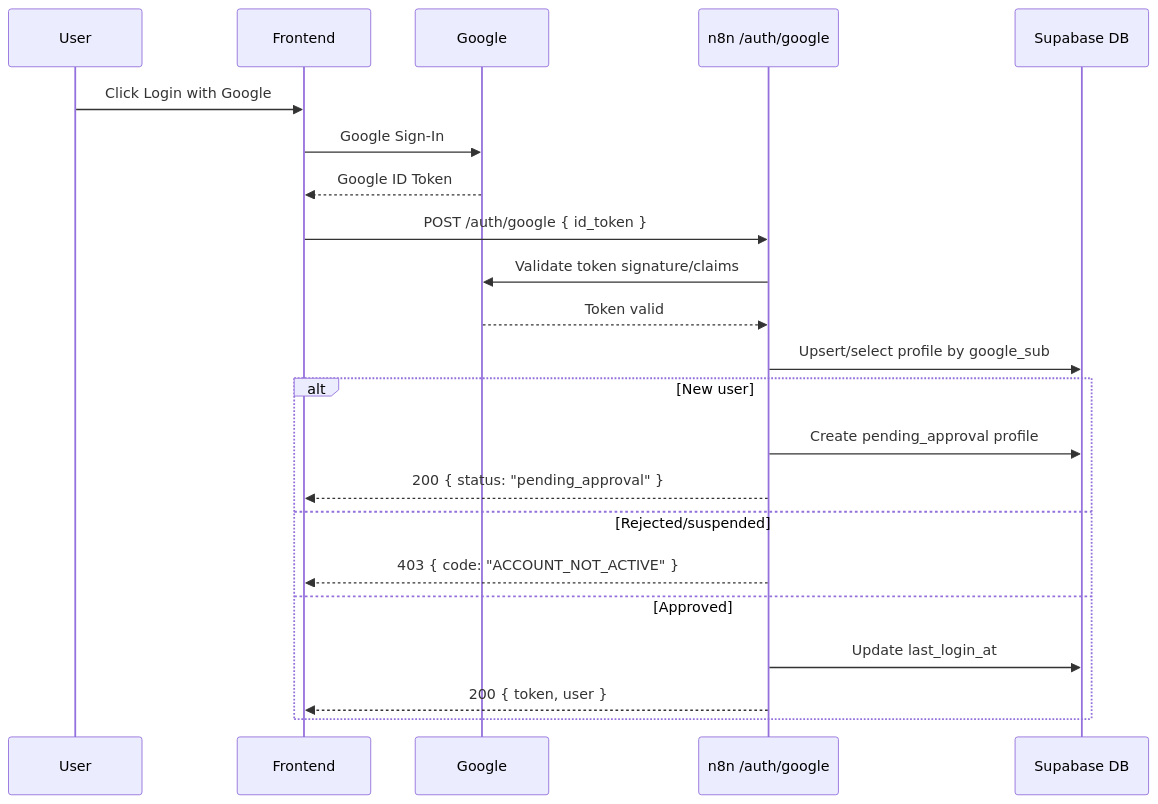
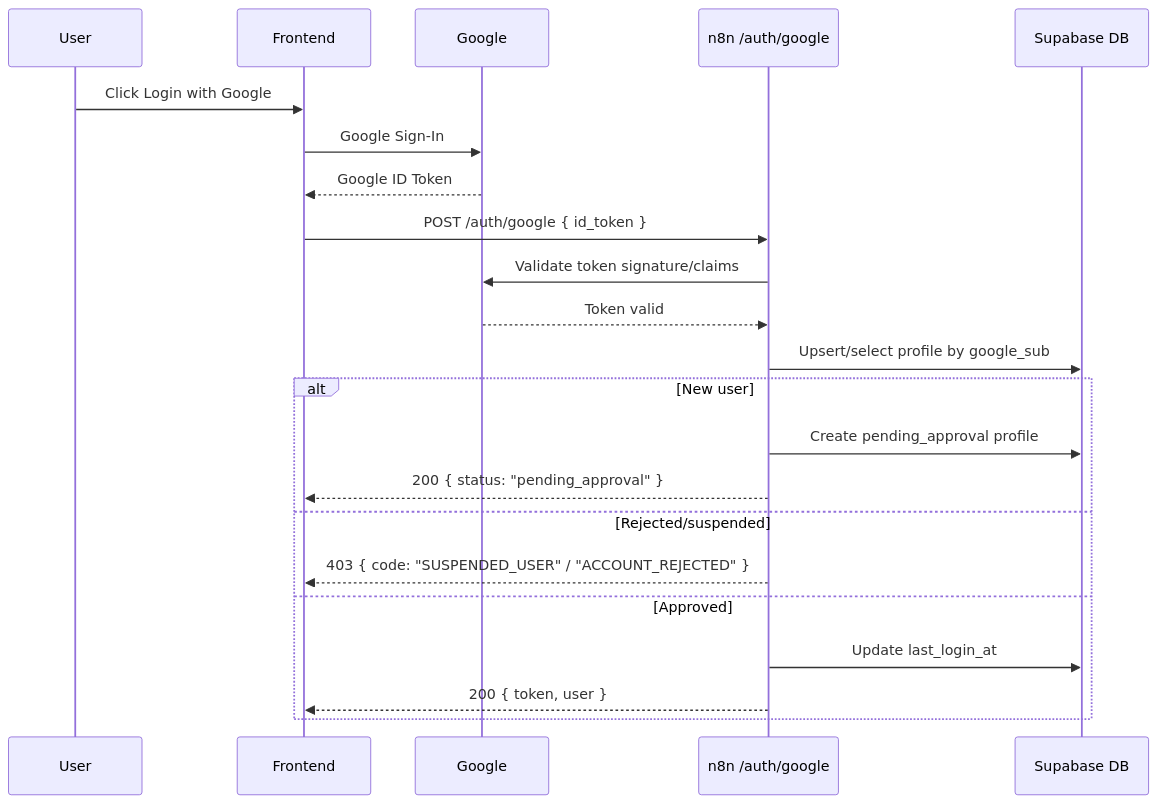
Before and after one commit to kodok-ijho/PortalWarga: the fourth of 6 diagrams in docs/production/REQUIREMENTS.md, drawn with Mermaid. The commit also changed other lines of this file and 28 other files, not shown here.

````diff
--- a/docs/production/REQUIREMENTS.md
+++ b/docs/production/REQUIREMENTS.md
@@ -493,25 +493,25 @@
 ```mermaid
 sequenceDiagram
   participant User
   participant FE as Frontend
   participant Google
   participant N8N as n8n /auth/google
   participant DB as Supabase DB
 
   User->>FE: Click Login with Google
   FE->>Google: Google Sign-In
   Google-->>FE: Google ID Token
   FE->>N8N: POST /auth/google { id_token }
   N8N->>Google: Validate token signature/claims
   Google-->>N8N: Token valid
   N8N->>DB: Upsert/select profile by google_sub
   alt New user
     N8N->>DB: Create pending_approval profile
     N8N-->>FE: 200 { status: "pending_approval" }
   else Rejected/suspended
-    N8N-->>FE: 403 { code: "ACCOUNT_NOT_ACTIVE" }
+    N8N-->>FE: 403 { code: "SUSPENDED_USER" / "ACCOUNT_REJECTED" }
   else Approved
     N8N->>DB: Update last_login_at
     N8N-->>FE: 200 { token, user }
   end
 ```
````
